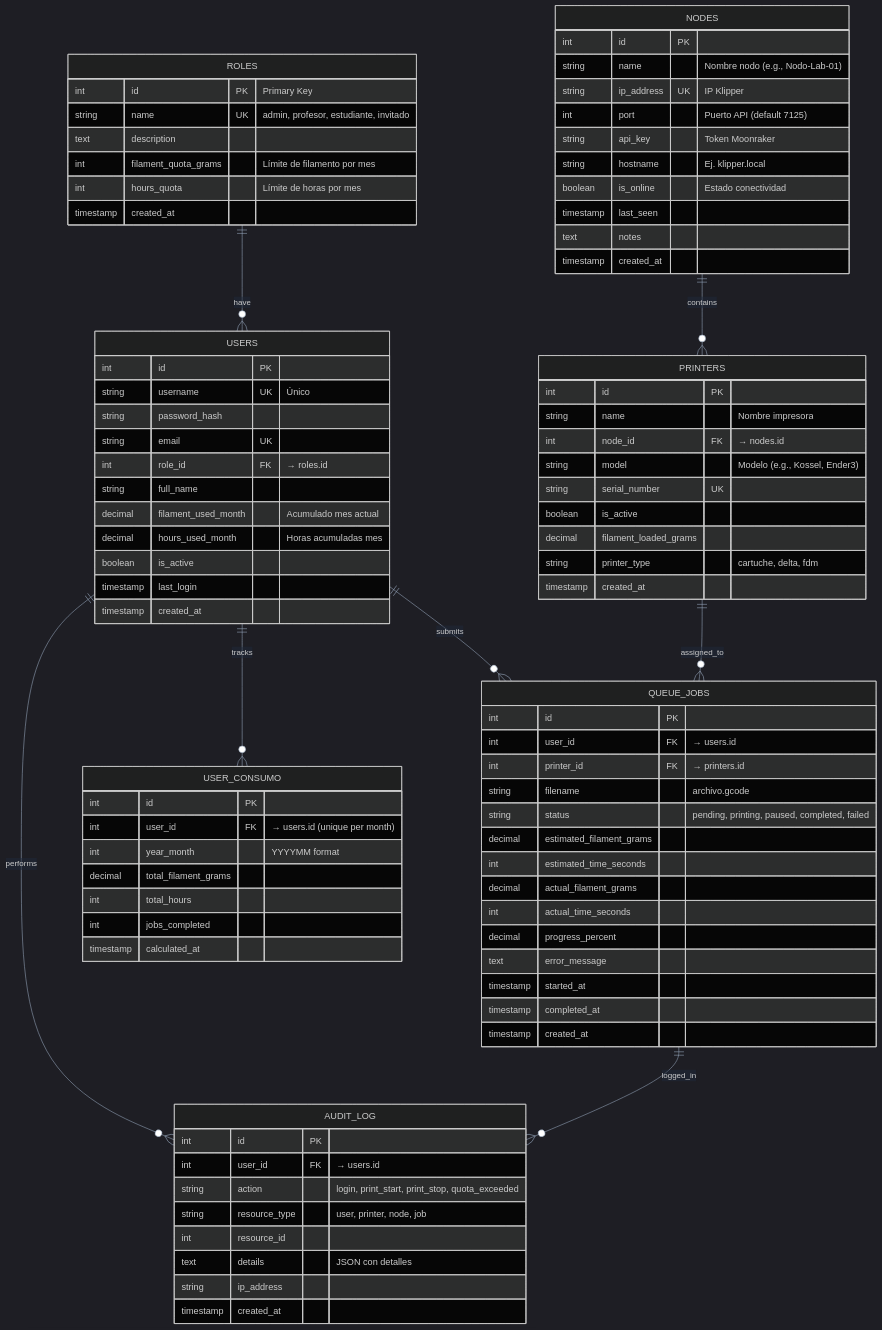
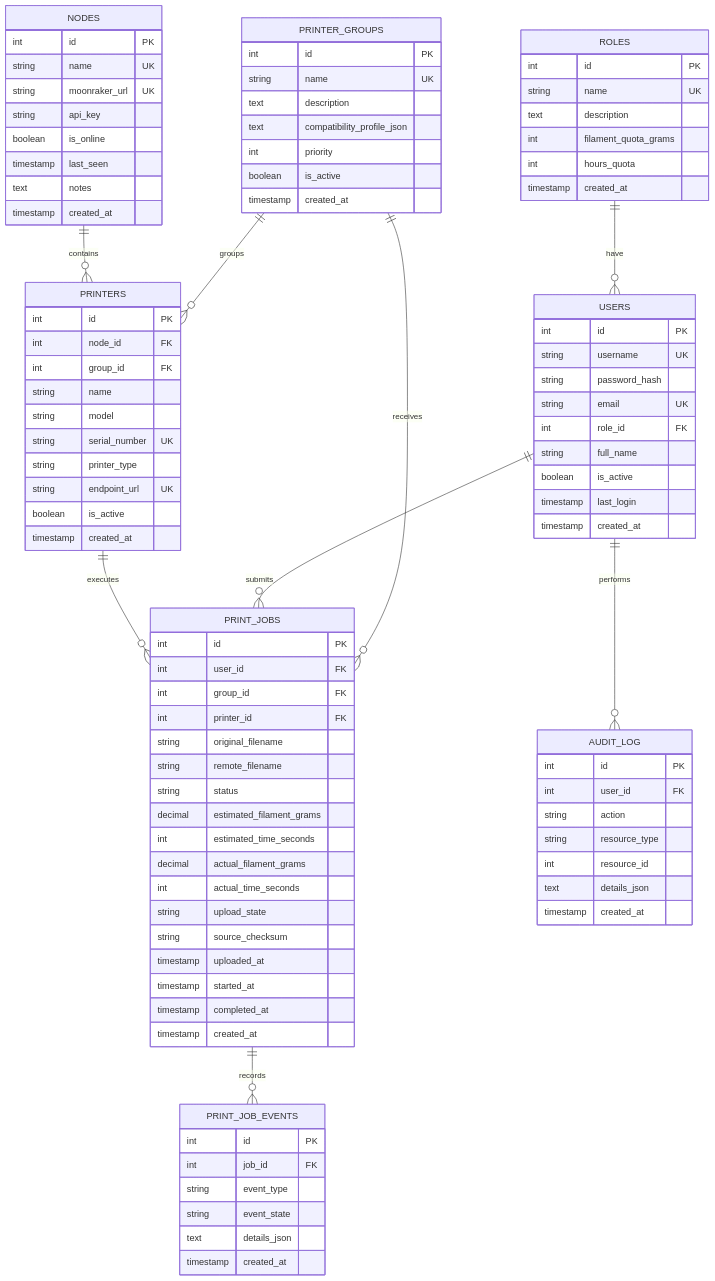
One commit to MrChileball/Fabrik changed the diagram in backend/SCHEMA.md. Above: the diagram before and after it, drawn with Mermaid. The commit also changed other lines of this file and 7 other files, not shown here.

````diff
--- a/backend/SCHEMA.md
+++ b/backend/SCHEMA.md
@@ -11,45 +24,51 @@
 ```mermaid
-%%{init: {'theme': 'dark', 'themeVariables': { 'primaryColor': '#1e293b', 'primaryBorderColor': '#64748b', 'lineColor': '#94a3b8', 'secondBgColor': '#0f172a', 'tertiaryColor': '#1e293b'}}}%%
 erDiagram
     ROLES ||--o{ USERS : have
-    USERS ||--o{ QUEUE_JOBS : submits
-    USERS ||--o{ USER_CONSUMO : tracks
+    PRINTER_GROUPS ||--o{ PRINTERS : groups
+    NODES ||--o{ PRINTERS : contains
+    PRINTER_GROUPS ||--o{ PRINT_JOBS : receives
+    USERS ||--o{ PRINT_JOBS : submits
+    PRINTERS ||--o{ PRINT_JOBS : executes
+    PRINT_JOBS ||--o{ PRINT_JOB_EVENTS : records
     USERS ||--o{ AUDIT_LOG : performs
-    NODES ||--o{ PRINTERS : contains
-    PRINTERS ||--o{ QUEUE_JOBS : assigned_to
-    QUEUE_JOBS ||--o{ AUDIT_LOG : logged_in
 
     ROLES {
-        int id PK "Primary Key"
-        string name UK "admin, profesor, estudiante, invitado"
+        int id PK
+        string name UK
         text description
-        int filament_quota_grams "Límite de filamento por mes"
-        int hours_quota "Límite de horas por mes"
+        int filament_quota_grams
+        int hours_quota
         timestamp created_at
     }
 
     USERS {
         int id PK
-        string username UK "Único"
+        string username UK
         string password_hash
         string email UK
-        int role_id FK "→ roles.id"
+        int role_id FK
         string full_name
-        decimal filament_used_month "Acumulado mes actual"
-        decimal hours_used_month "Horas acumuladas mes"
         boolean is_active
         timestamp last_login
         timestamp created_at
     }
 
+    PRINTER_GROUPS {
+        int id PK
+        string name UK
+        text description
+        text compatibility_profile_json
+        int priority
+        boolean is_active
+        timestamp created_at
+    }
+
     NODES {
         int id PK
-        string name "Nombre nodo (e.g., Nodo-Lab-01)"
-        string ip_address UK "IP Klipper"
-        int port "Puerto API (default 7125)"
-        string api_key "Token Moonraker"
-        string hostname "Ej. klipper.local"
-        boolean is_online "Estado conectividad"
+        string name UK
+        string moonraker_url UK
+        string api_key
+        boolean is_online
         timestamp last_seen
         text notes
         timestamp created_at
@@ -57,51 +76,53 @@
 
     PRINTERS {
         int id PK
-        string name "Nombre impresora"
-        int node_id FK "→ nodes.id"
-        string model "Modelo (e.g., Kossel, Ender3)"
+        int node_id FK
+        int group_id FK
+        string name
+        string model
         string serial_number UK
+        string printer_type
+        string endpoint_url UK
         boolean is_active
-        decimal filament_loaded_grams
-        string printer_type "cartuche, delta, fdm"
         timestamp created_at
     }
 
-    QUEUE_JOBS {
+    PRINT_JOBS {
         int id PK
-        int user_id FK "→ users.id"
-        int printer_id FK "→ printers.id"
-        string filename "archivo.gcode"
-        string status "pending, printing, paused, completed, failed"
+        int user_id FK
+        int group_id FK
+        int printer_id FK
+        string original_filename
+        string remote_filename
+        string status
         decimal estimated_filament_grams
         int estimated_time_seconds
         decimal actual_filament_grams
         int actual_time_seconds
-        decimal progress_percent
-        text error_message
+        string upload_state
+        string source_checksum
+        timestamp uploaded_at
         timestamp started_at
         timestamp completed_at
         timestamp created_at
     }
 
-    USER_CONSUMO {
+    PRINT_JOB_EVENTS {
         int id PK
-        int user_id FK "→ users.id (unique per month)"
-        int year_month "YYYYMM format"
-        decimal total_filament_grams
-        int total_hours
-        int jobs_completed
-        timestamp calculated_at
+        int job_id FK
+        string event_type
+        string event_state
+        text details_json
+        timestamp created_at
     }
 
     AUDIT_LOG {
         int id PK
-        int user_id FK "→ users.id"
-        string action "login, print_start, print_stop, quota_exceeded"
-        string resource_type "user, printer, node, job"
+        int user_id FK
+        string action
+        string resource_type
         int resource_id
-        text details "JSON con detalles"
-        string ip_address
+        text details_json
         timestamp created_at
     }
 ```
````
